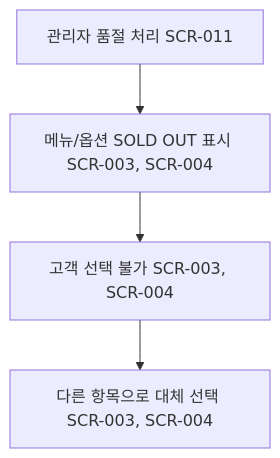
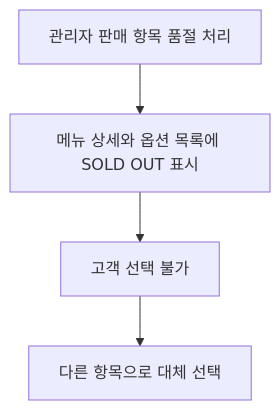
Before and after one commit to hagenie128/ASAK: the fourth of 25 diagrams in docs/wiki/user-scenarios.md, drawn with Mermaid. The commit also changed other lines of this file and 241 other files, not shown here.

````diff
--- a/docs/wiki/user-scenarios.md
+++ b/docs/wiki/user-scenarios.md
@@ -65,6 +64,6 @@
 ```mermaid
 flowchart TD
-    A[관리자 품절 처리 SCR-011] --> B[메뉴/옵션 SOLD OUT 표시 SCR-003, SCR-004]
-    B --> C[고객 선택 불가 SCR-003, SCR-004]
-    C --> D[다른 항목으로 대체 선택 SCR-003, SCR-004]
+    A[관리자 판매 항목 품절 처리] --> B[메뉴 상세와 옵션 목록에 SOLD OUT 표시]
+    B --> C[고객 선택 불가]
+    C --> D[다른 항목으로 대체 선택]
 ```
````
